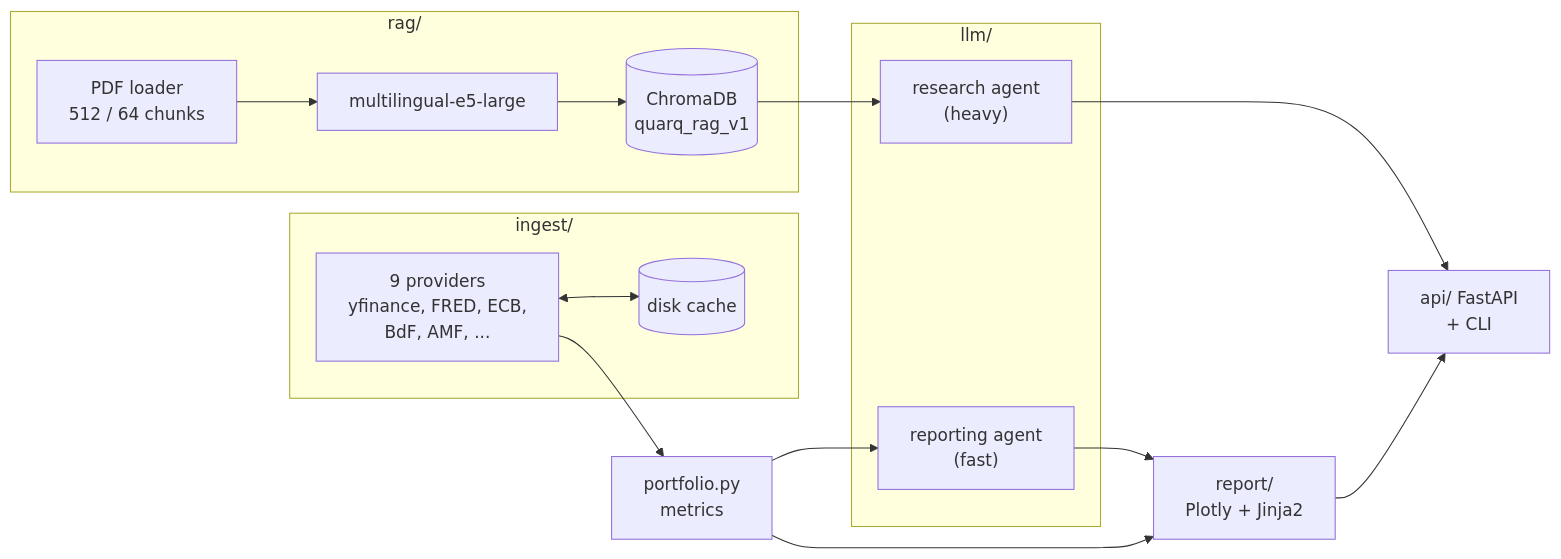
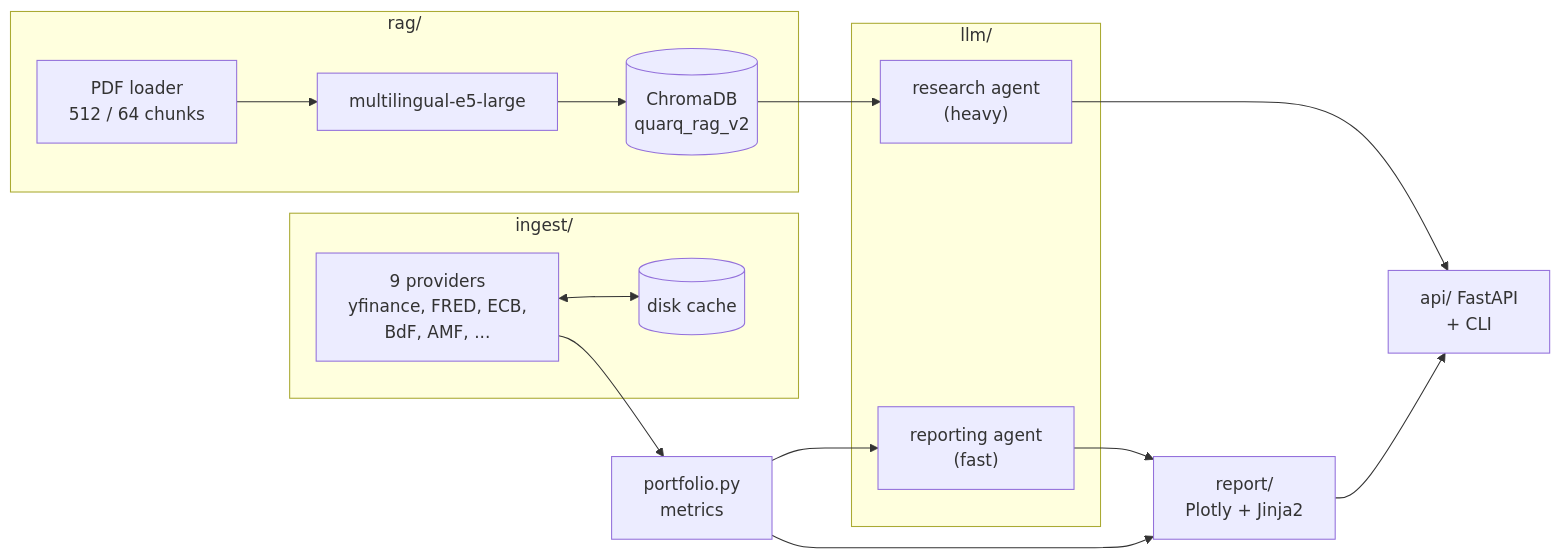
Before and after one commit to yodablocks/quarq: the diagram in README.md, drawn with Mermaid. The commit also changed other lines of this file and 2 other files, not shown here.

Commit message:
docs: document quarq_rag_v2, its HNSW settings and rag migrate

````diff
--- a/README.md
+++ b/README.md
@@ -101,26 +101,26 @@
 ```mermaid
 flowchart LR
     subgraph ingest["ingest/"]
         P["9 providers<br/>yfinance, FRED, ECB,<br/>BdF, AMF, ..."]
         C[(disk cache)]
     end
     subgraph rag["rag/"]
         L["PDF loader<br/>512 / 64 chunks"]
         E["multilingual-e5-large"]
-        V[(ChromaDB<br/>quarq_rag_v1)]
+        V[(ChromaDB<br/>quarq_rag_v2)]
     end
     subgraph llm["llm/"]
         R["reporting agent<br/>(fast)"]
         Q["research agent<br/>(heavy)"]
     end
     PF["portfolio.py<br/>metrics"]
     RP["report/<br/>Plotly + Jinja2"]
     API["api/ FastAPI<br/>+ CLI"]
 
     P <--> C
     P --> PF --> R --> RP
     PF --> RP
     L --> E --> V --> Q
     RP --> API
     Q --> API
 ```
````
